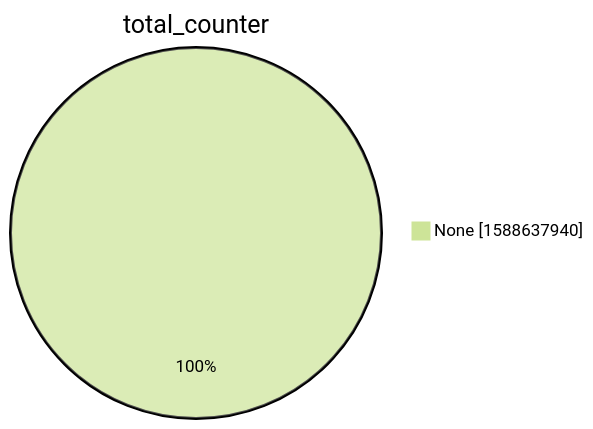
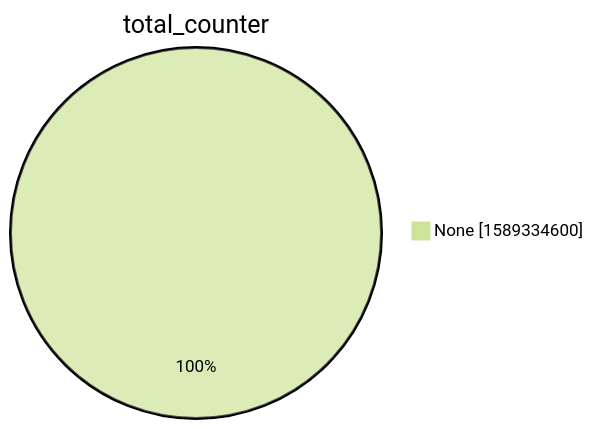
One commit to christiankrug/ctmonitor_visualization changed the second of 15 diagrams in xenon2022/README.md. Above: the diagram before and after it, drawn with Mermaid (forest theme). The commit also changed other lines of this file, not shown here.

````diff
--- a/xenon2022/README.md
+++ b/xenon2022/README.md
@@ -9,5 +9,5 @@
 ```mermaid
 pie showData
 title total_counter
-"None" :1588637940
+"None" :1589334600
 ```
````
